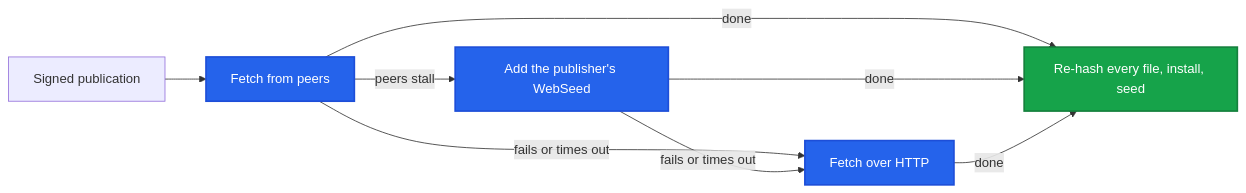
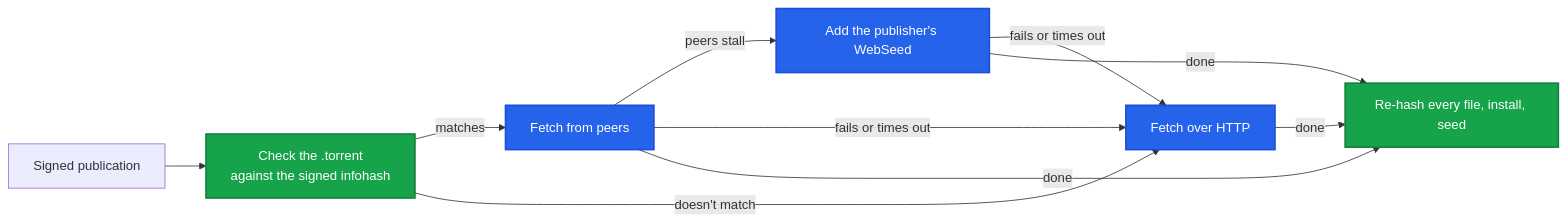
The second of 2 diagrams in content/learn/gateways/index-sharing.mdx (ar-io/docs), drawn with Mermaid before and after one commit. The commit also changed other lines of this file and 25 other files, not shown here.

````diff
--- a/content/learn/gateways/index-sharing.mdx
+++ b/content/learn/gateways/index-sharing.mdx
@@ -67,16 +71,18 @@
 ```mermaid
 flowchart LR
-    A[Signed publication] --> B[Fetch from peers]
+    A[Signed publication] --> T[Check the .torrent<br/>against the signed infohash]
+    T -- matches --> B[Fetch from peers]
+    T -- doesn't match --> D
     B -- peers stall --> C[Add the publisher's WebSeed]
     B -- fails or times out --> D[Fetch over HTTP]
     C -- fails or times out --> D
     B -- done --> E[Re-hash every file, install, seed]
     C -- done --> E
     D -- done --> E
 
     classDef source fill:#2563eb,stroke:#1d4ed8,stroke-width:2px,color:#fff
     classDef process fill:#16a34a,stroke:#15803d,stroke-width:2px,color:#fff
 
     class B,C,D source
-    class E process
+    class T,E process
 ```
````
